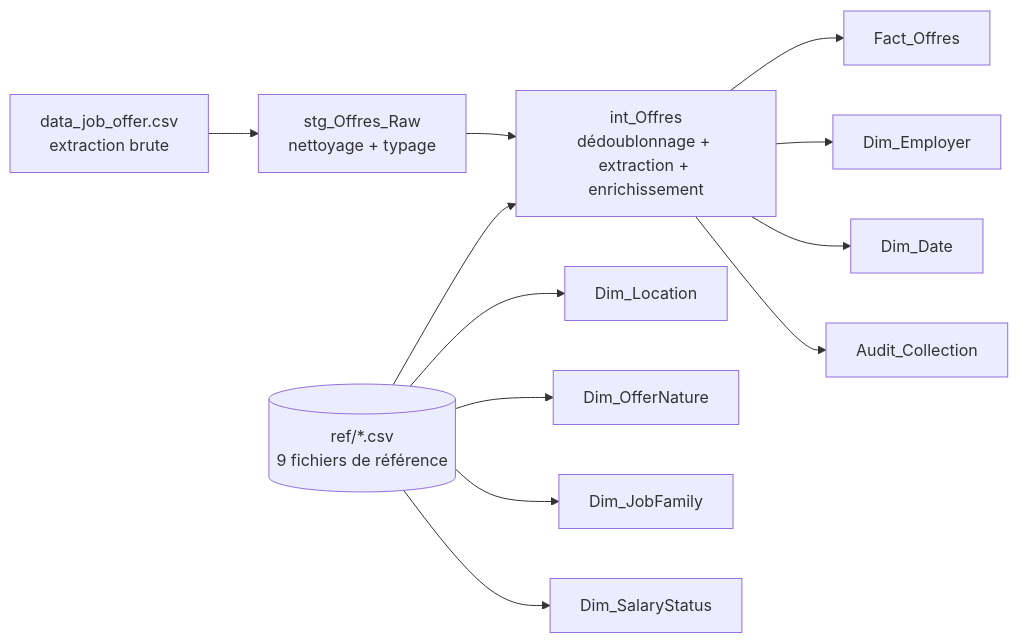
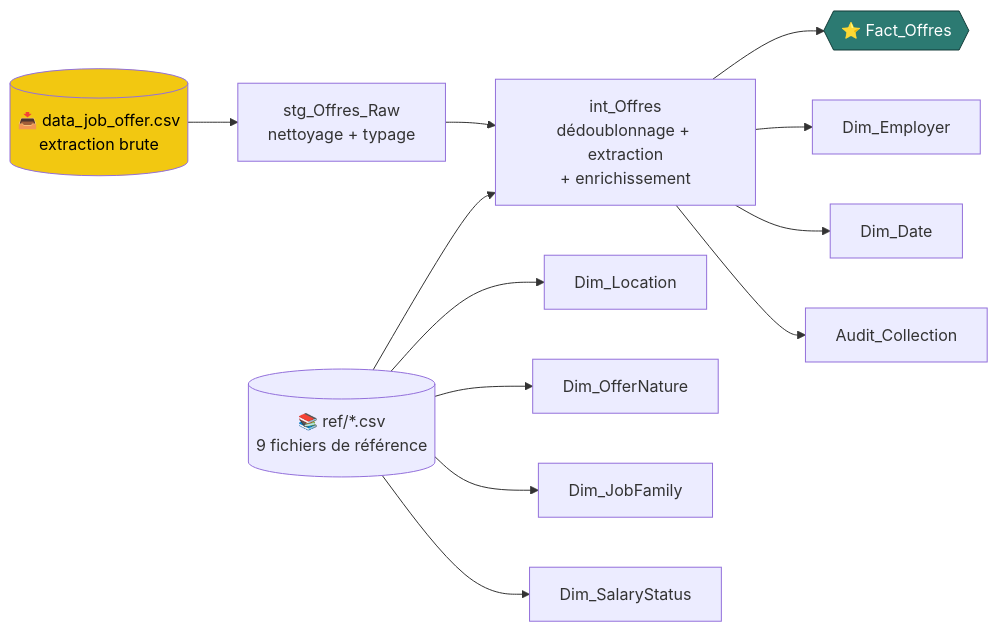
The first of 2 diagrams in README.md (mbozoomengo/job-market-intelligence), drawn with Mermaid before and after one commit. The commit also changed other lines of this file, not shown here.

````diff
--- a/README.md
+++ b/README.md
@@ -57,14 +88,16 @@
 ```mermaid
 flowchart LR
-  A[data_job_offer.csv<br/>extraction brute] --> B[stg_Offres_Raw<br/>nettoyage + typage]
-  R[(ref/*.csv<br/>9 fichiers de référence)] --> C
-  B --> C[int_Offres<br/>dédoublonnage + extraction + enrichissement]
-  C --> F[Fact_Offres]
-  C --> DE[Dim_Employer]
-  C --> DD[Dim_Date]
-  R --> DL[Dim_Location]
-  R --> DN[Dim_OfferNature]
-  R --> DJ[Dim_JobFamily]
-  R --> DS[Dim_SalaryStatus]
-  C --> AU[Audit_Collection]
+  A[("📥 data_job_offer.csv<br/>extraction brute")] --> B["stg_Offres_Raw<br/>nettoyage + typage"]
+  R[("📚 ref/*.csv<br/>9 fichiers de référence")] --> C
+  B --> C["int_Offres<br/>dédoublonnage + extraction<br/>+ enrichissement"]
+  C --> F{{"⭐ Fact_Offres"}}
+  C --> DE["Dim_Employer"]
+  C --> DD["Dim_Date"]
+  R --> DL["Dim_Location"]
+  R --> DN["Dim_OfferNature"]
+  R --> DJ["Dim_JobFamily"]
+  R --> DS["Dim_SalaryStatus"]
+  C --> AU["Audit_Collection"]
+  style F fill:#2C7A72,color:#fff,stroke:#123B38
+  style A fill:#F2C811,color:#000
 ```
````
